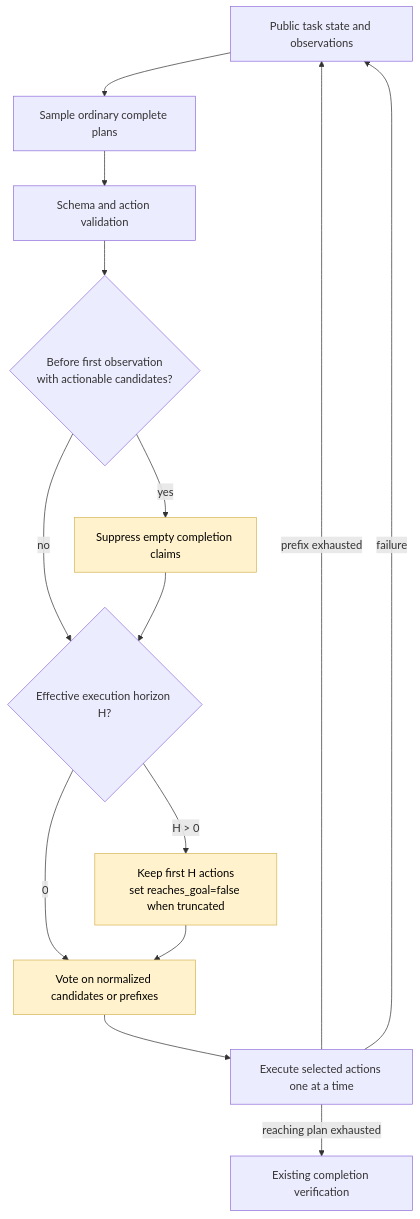
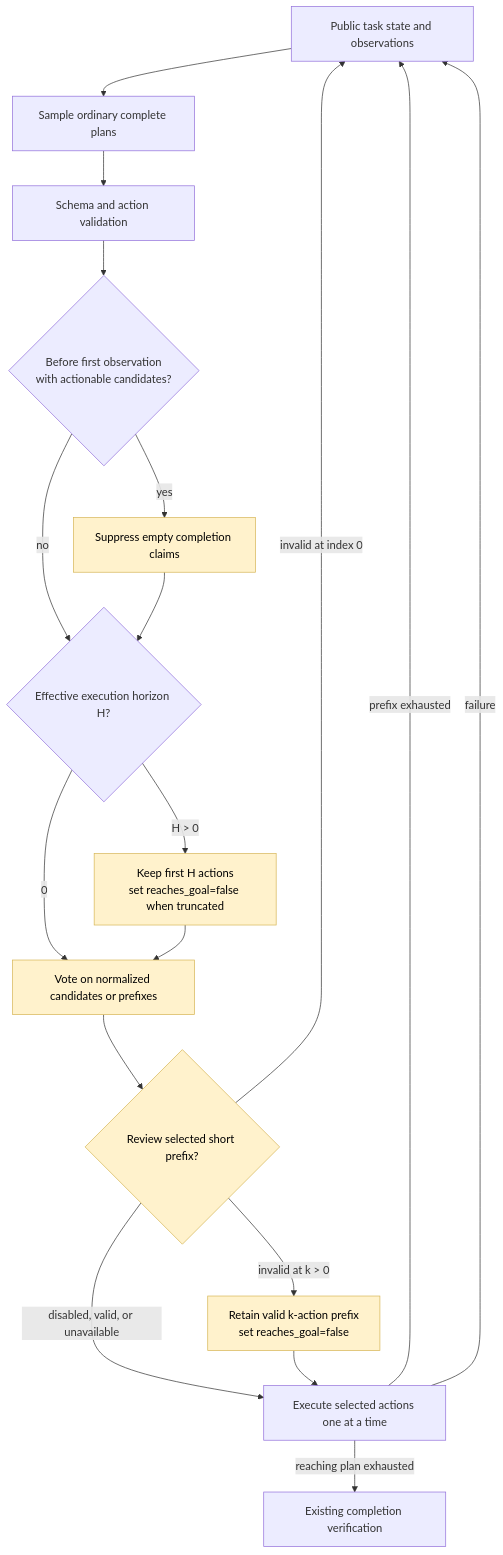
Before and after one commit to anton-pershin/reliable-agent: the second of 2 diagrams in .internal/specs/06-observed-state-prefix-consensus-general-spec.md, drawn with Mermaid. The commit also changed other lines of this file and 8 other files, not shown here.

Commit message:
Add selected short-prefix validity review

````diff
--- a/.internal/specs/06-observed-state-prefix-consensus-general-spec.md
+++ b/.internal/specs/06-observed-state-prefix-consensus-general-spec.md
@@ -68,18 +70,22 @@
 ```mermaid
 flowchart TD
   State[Public task state and observations] --> Sample[Sample ordinary complete plans]
   Sample --> Valid[Schema and action validation]
   Valid --> Empty{Before first observation<br/>with actionable candidates?}
   Empty -->|yes| Suppress[Suppress empty completion claims]
   Empty -->|no| Horizon
   Suppress --> Horizon{Effective execution horizon H?}
   Horizon -->|H > 0| Truncate[Keep first H actions<br/>set reaches_goal=false when truncated]
   Horizon -->|0| Vote
   Truncate --> Vote[Vote on normalized candidates or prefixes]
-  Vote --> Execute[Execute selected actions one at a time]
+  Vote --> Selected{Review selected short prefix?}
+  Selected -->|disabled, valid, or unavailable| Execute[Execute selected actions one at a time]
+  Selected -->|invalid at k > 0| Trim[Retain valid k-action prefix<br/>set reaches_goal=false]
+  Trim --> Execute
+  Selected -->|invalid at index 0| State
   Execute -->|prefix exhausted| State
   Execute -->|reaching plan exhausted| Verify[Existing completion verification]
   Execute -->|failure| State
   classDef modified fill:#fff2cc,stroke:#d6b656,color:#000000
-  class Suppress,Truncate,Vote modified
+  class Suppress,Truncate,Vote,Selected,Trim modified
 ```
````
